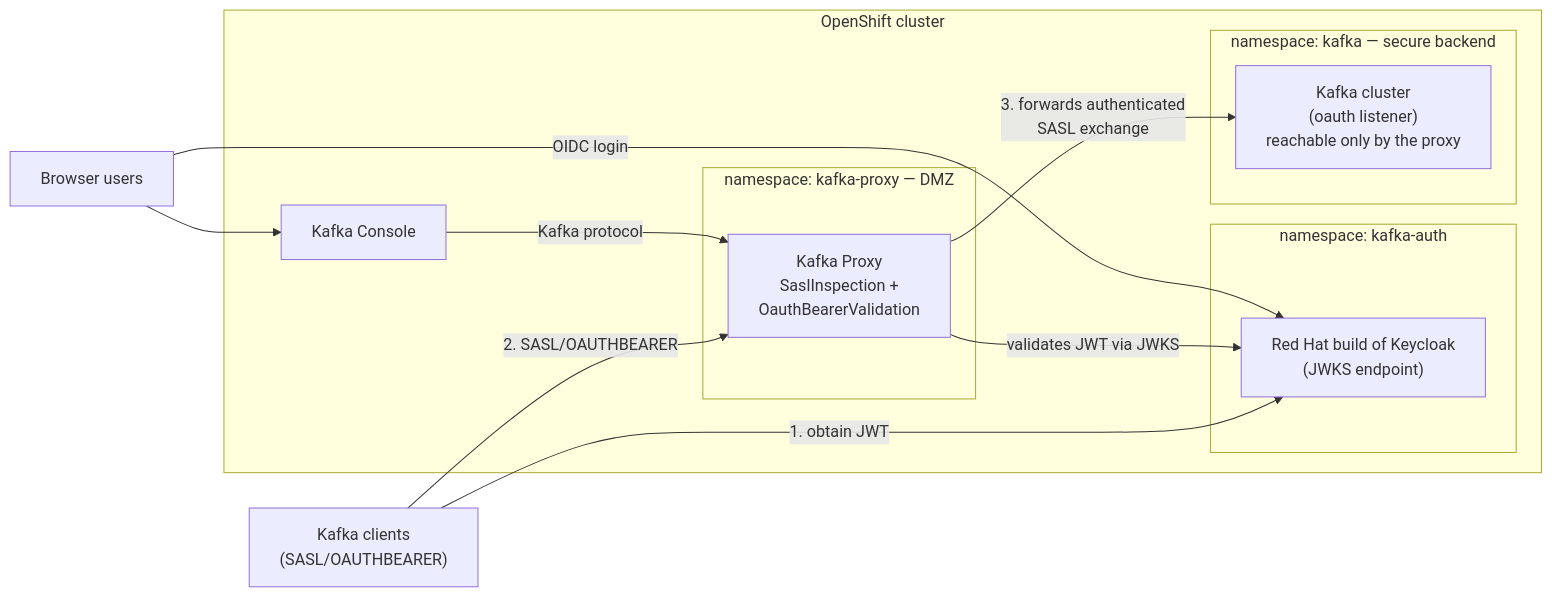
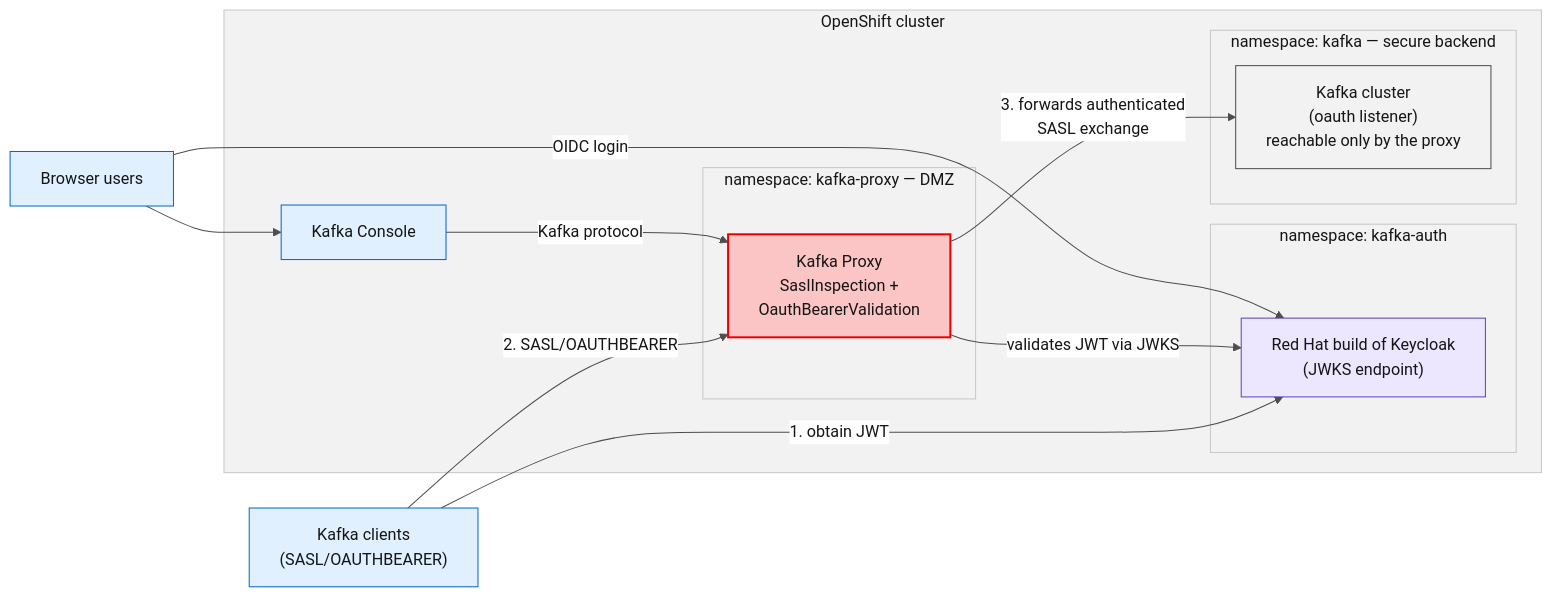
The third of 3 diagrams in README.md (jcordes73/kafka-proxy-use-cases), drawn with Mermaid before and after one commit. The commit also changed other lines of this file and 28 other files, not shown here.

````diff
--- a/README.md
+++ b/README.md
@@ -229,24 +260,32 @@
 ```mermaid
+%%{init: {"theme":"base","themeVariables":{"fontFamily":"Red Hat Text, Red Hat Display, sans-serif","primaryColor":"#FFFFFF","primaryTextColor":"#151515","primaryBorderColor":"#C7C7C7","lineColor":"#4D4D4D","secondaryColor":"#F2F2F2","tertiaryColor":"#F2F2F2","clusterBkg":"#F2F2F2","clusterBorder":"#C7C7C7","edgeLabelBackground":"#FFFFFF","titleColor":"#151515"}}}%%
 flowchart LR
     C["Kafka clients<br/>(SASL/OAUTHBEARER)"]
     B["Browser users"]
     subgraph openshift["OpenShift cluster"]
         subgraph authNs["namespace: kafka-auth"]
             KC["Red Hat build of Keycloak<br/>(JWKS endpoint)"]
         end
         subgraph proxyNs["namespace: kafka-proxy — DMZ"]
             P["Kafka Proxy<br/>SaslInspection +<br/>OauthBearerValidation"]
         end
         subgraph kafkaNs["namespace: kafka — secure backend"]
             K["Kafka cluster<br/>(oauth listener)<br/>reachable only by the proxy"]
         end
         CON["Kafka Console"]
     end
     C -- "1. obtain JWT" --> KC
     C -- "2. SASL/OAUTHBEARER" --> P
     P -- "validates JWT via JWKS" --> KC
     P -- "3. forwards authenticated<br/>SASL exchange" --> K
     B -- "OIDC login" --> KC
     B --> CON
     CON -- "Kafka protocol" --> P
+
+    style P fill:#FBC5C5,stroke:#EE0000,stroke-width:2px
+    style K fill:#F2F2F2,stroke:#4D4D4D
+    style KC fill:#ECE6FF,stroke:#5E40BE
+    style C fill:#E0F0FF,stroke:#0066CC
+    style B fill:#E0F0FF,stroke:#0066CC
+    style CON fill:#E0F0FF,stroke:#0066CC
 ```
````
